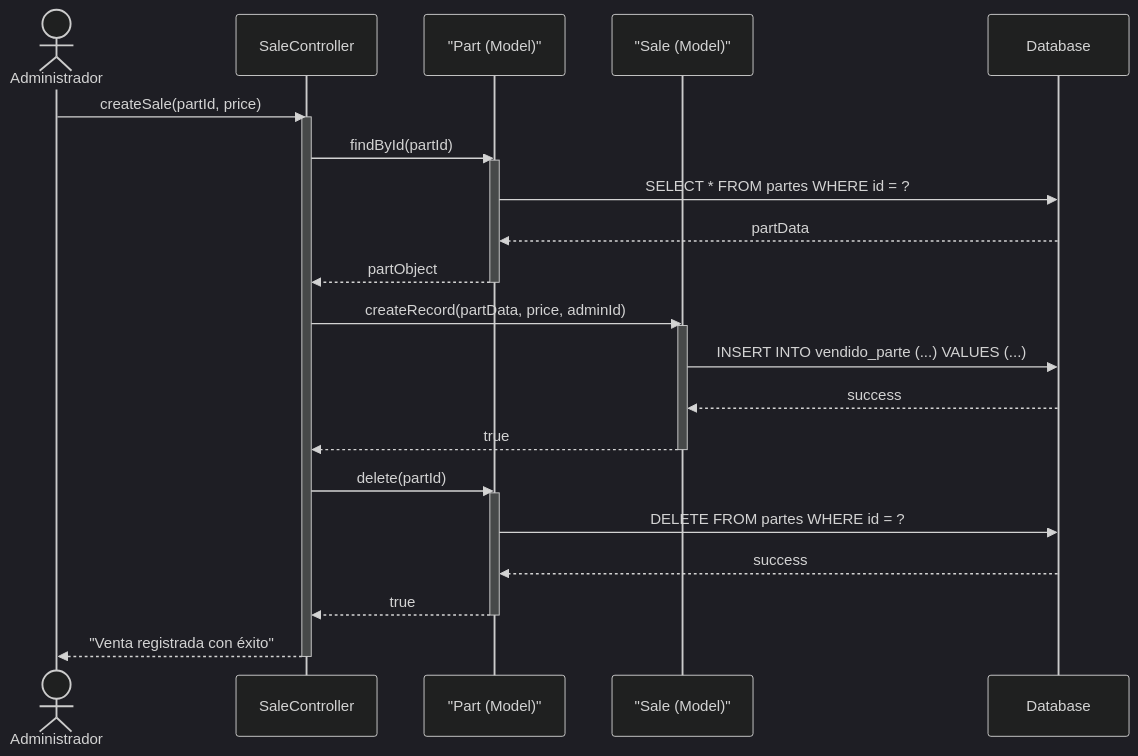
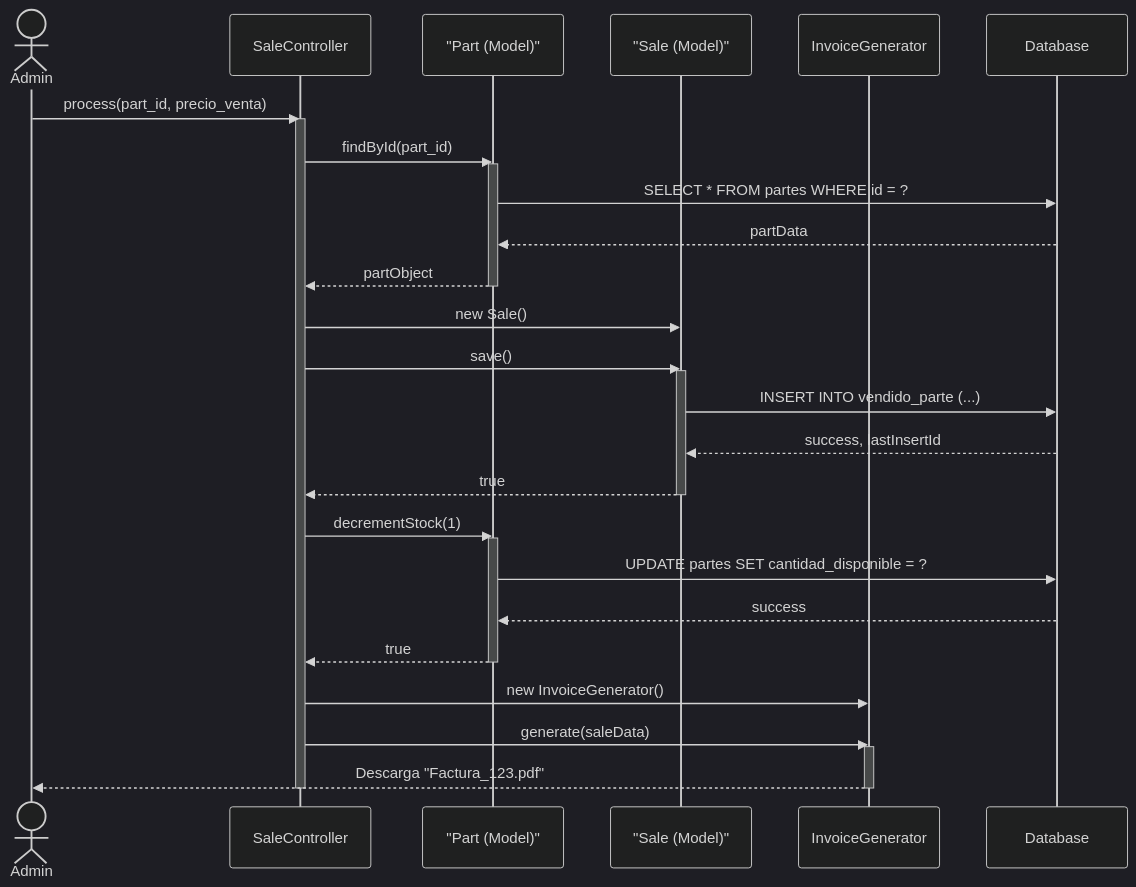
One commit to AnelDRN/SistemaDeInventario changed the third of 3 diagrams in documentation/README.md. Above: the diagram before and after it, drawn with Mermaid (dark theme). The commit also changed other lines of this file and 25 other files, not shown here.

````diff
--- a/documentation/README.md
+++ b/documentation/README.md
@@ -227,35 +196,42 @@
 ```mermaid
 sequenceDiagram
-    actor Administrador
+    actor Admin
     participant SaleController
     participant PartModel as "Part (Model)"
     participant SaleModel as "Sale (Model)"
+    participant InvoiceGenerator
     participant Database
 
-    Administrador->>SaleController: createSale(partId, price)
+    Admin->>SaleController: process(part_id, precio_venta)
     activate SaleController
 
-    SaleController->>PartModel: findById(partId)
+    SaleController->>PartModel: findById(part_id)
     activate PartModel
     PartModel->>Database: SELECT * FROM partes WHERE id = ?
     Database-->>PartModel: partData
     PartModel-->>SaleController: partObject
     deactivate PartModel
 
-    SaleController->>SaleModel: createRecord(partData, price, adminId)
+    SaleController->>SaleModel: new Sale()
+    SaleController->>SaleModel: save()
     activate SaleModel
-    SaleModel->>Database: INSERT INTO vendido_parte (...) VALUES (...)
-    Database-->>SaleModel: success
+    SaleModel->>Database: INSERT INTO vendido_parte (...)
+    Database-->>SaleModel: success, lastInsertId
     SaleModel-->>SaleController: true
     deactivate SaleModel
 
-    SaleController->>PartModel: delete(partId)
+    SaleController->>PartModel: decrementStock(1)
     activate PartModel
-    PartModel->>Database: DELETE FROM partes WHERE id = ?
+    PartModel->>Database: UPDATE partes SET cantidad_disponible = ?
     Database-->>PartModel: success
     PartModel-->>SaleController: true
     deactivate PartModel
-    
-    SaleController-->>Administrador: "Venta registrada con éxito"
+
+    SaleController->>InvoiceGenerator: new InvoiceGenerator()
+    SaleController->>InvoiceGenerator: generate(saleData)
+    activate InvoiceGenerator
+    InvoiceGenerator-->>Admin: Descarga "Factura_123.pdf"
+    deactivate InvoiceGenerator
+
     deactivate SaleController
 ```
````
